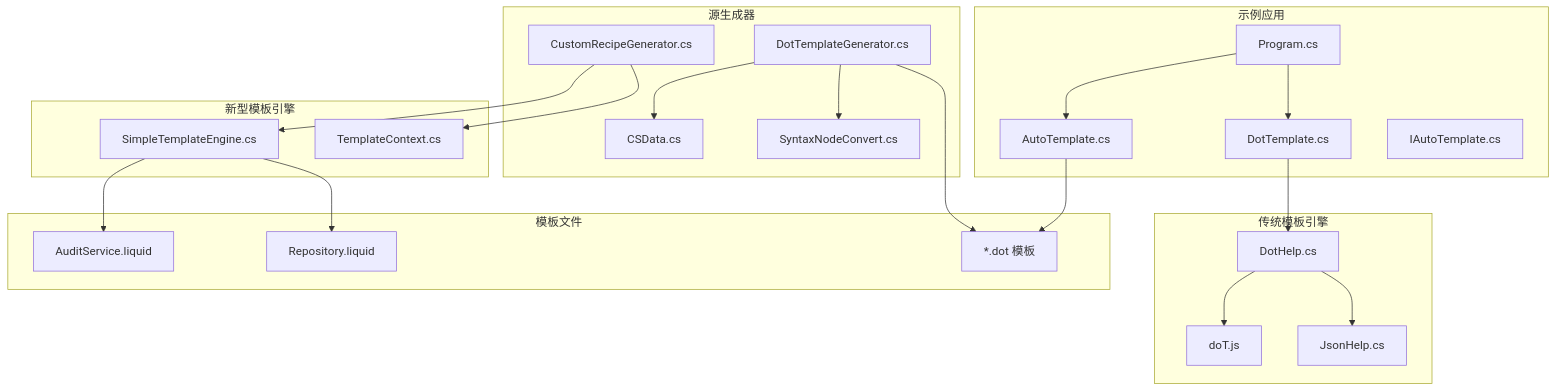
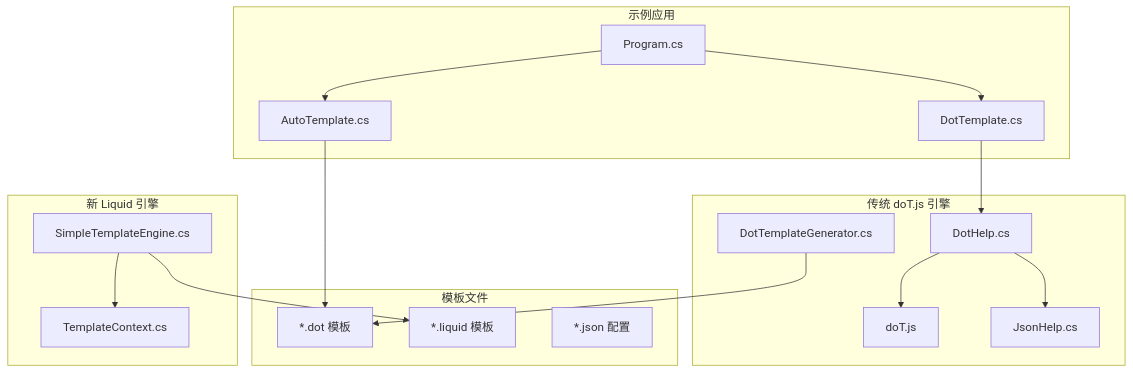
One commit to alivy/AutoCode changed the first of 4 diagrams in .qoder/repowiki/zh/content/模板系统/模板系统.md. Above: the diagram before and after it, drawn with Mermaid. The commit also changed other lines of this file and 183 other files, not shown here.

````diff
--- a/.qoder/repowiki/zh/content/模板系统/模板系统.md
+++ b/.qoder/repowiki/zh/content/模板系统/模板系统.md
@@ -63,42 +61,32 @@
 ```mermaid
 graph TB
-subgraph "传统模板引擎"
+subgraph "传统 doT.js 引擎"
 DOTJS["doT.js"]
 DOTH["DotHelp.cs"]
 JSONH["JsonHelp.cs"]
+DTG["DotTemplateGenerator.cs"]
 end
-subgraph "新型模板引擎"
-SIMPLE["SimpleTemplateEngine.cs"]
-CTX["TemplateContext.cs"]
-end
-subgraph "源生成器"
-DTG["DotTemplateGenerator.cs"]
-CSData["CSData.cs"]
-Snc["SyntaxNodeConvert.cs"]
-CRG["CustomRecipeGenerator.cs"]
+subgraph "新 Liquid 引擎"
+STE["SimpleTemplateEngine.cs"]
+TC["TemplateContext.cs"]
 end
 subgraph "模板文件"
-LIQUID1["AuditService.liquid"]
-LIQUID2["Repository.liquid"]
-DOTTPL["*.dot 模板"]
+DOT["*.dot 模板"]
+LIQUID["*.liquid 模板"]
+JSON["*.json 配置"]
 end
 subgraph "示例应用"
 AppProg["Program.cs"]
 AutoTpl["AutoTemplate.cs"]
 DotTpl["DotTemplate.cs"]
-IAutoTpl["IAutoTemplate.cs"]
 end
 AppProg --> AutoTpl
 AppProg --> DotTpl
-AutoTpl --> DOTTPL
+AutoTpl --> DOT
 DotTpl --> DOTH
 DOTH --> DOTJS
 DOTH --> JSONH
-CRG --> SIMPLE
-CRG --> CTX
-SIMPLE --> LIQUID1
-SIMPLE --> LIQUID2
-DTG --> CSData
-DTG --> Snc
-DTG --> DOTTPL
+DTG --> DOT
+STE --> LIQUID
+STE --> TC
 ```
````
